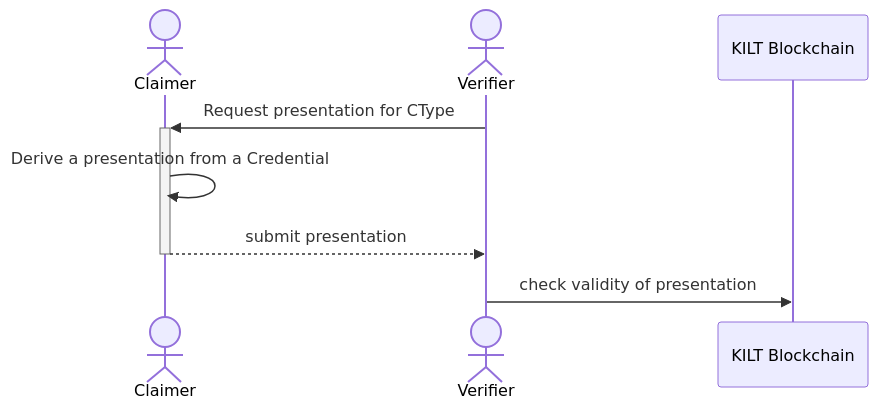
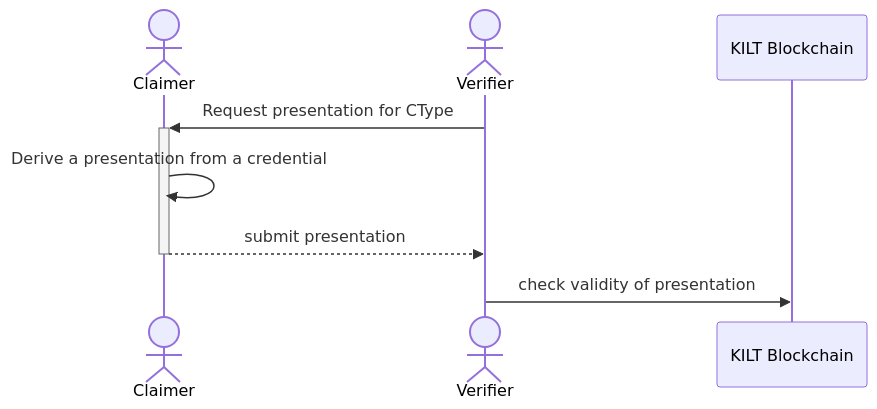
The second of 2 diagrams in docs/develop/03_workshop/03_overview.md (KILTprotocol/docs), drawn with Mermaid before and after one commit. The commit also changed other lines of this file and 51 other files, not shown here.

````diff
--- a/docs/develop/03_workshop/03_overview.md
+++ b/docs/develop/03_workshop/03_overview.md
@@ -47,10 +47,10 @@
 ```mermaid
 sequenceDiagram
 actor C as Claimer
 actor V as Verifier
 participant B as KILT Blockchain
     V->>+C: Request presentation for CType
-    C->>C: Derive a presentation from a Credential
+    C->>C: Derive a presentation from a credential
     C-->>-V: submit presentation
     V->>B: check validity of presentation
 ```
````
